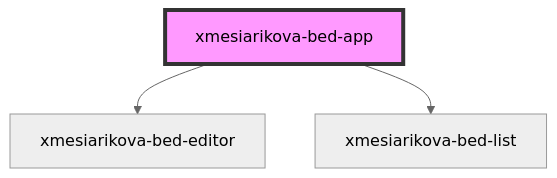
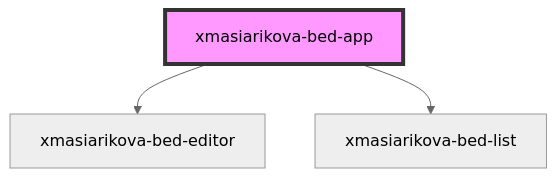
Before and after one commit to FilipPauco/hospital-ufe: the diagram in src/components/xmasiarikova-bed-app/readme.md, drawn with Mermaid (neutral theme). The commit also changed other lines of this file and 9 other files, not shown here.

````diff
--- a/src/components/xmasiarikova-bed-app/readme.md
+++ b/src/components/xmasiarikova-bed-app/readme.md
@@ -25,6 +25,6 @@
 ```mermaid
 graph TD;
-  xmesiarikova-bed-app --> xmesiarikova-bed-editor
-  xmesiarikova-bed-app --> xmesiarikova-bed-list
-  style xmesiarikova-bed-app fill:#f9f,stroke:#333,stroke-width:4px
+  xmasiarikova-bed-app --> xmasiarikova-bed-editor
+  xmasiarikova-bed-app --> xmasiarikova-bed-list
+  style xmasiarikova-bed-app fill:#f9f,stroke:#333,stroke-width:4px
 ```
````
